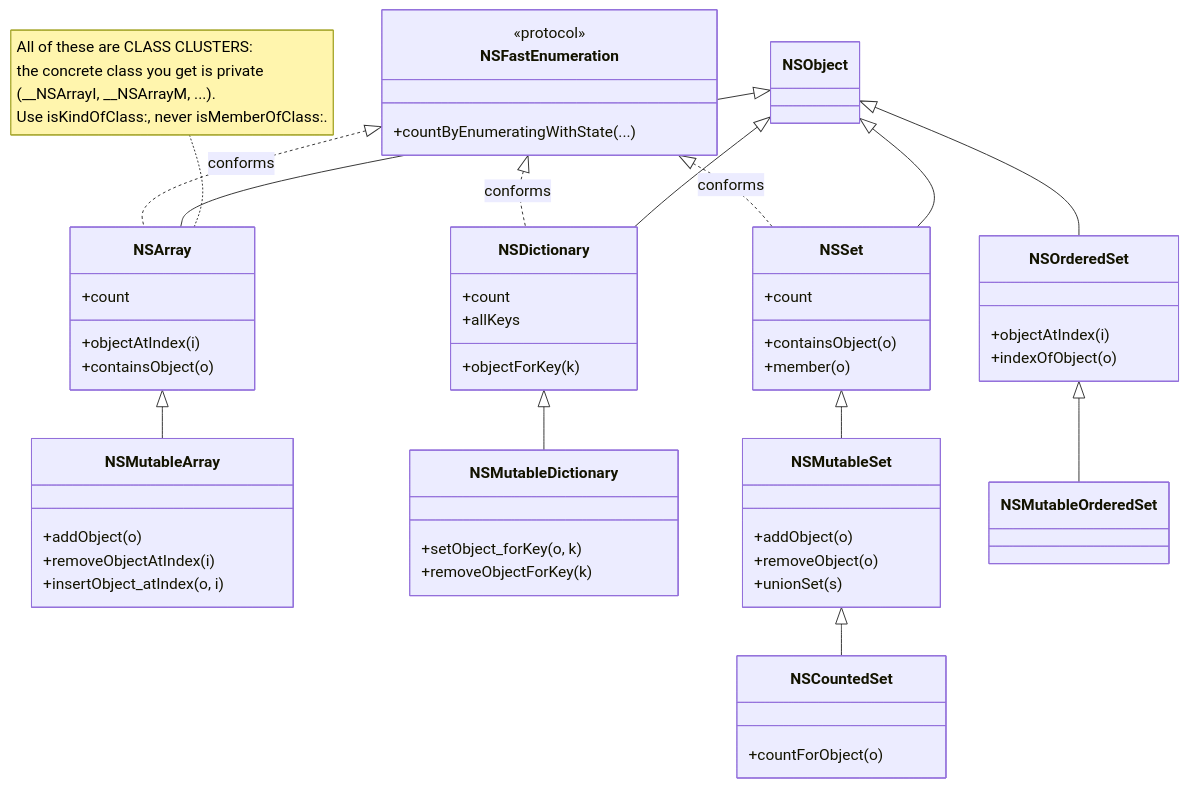
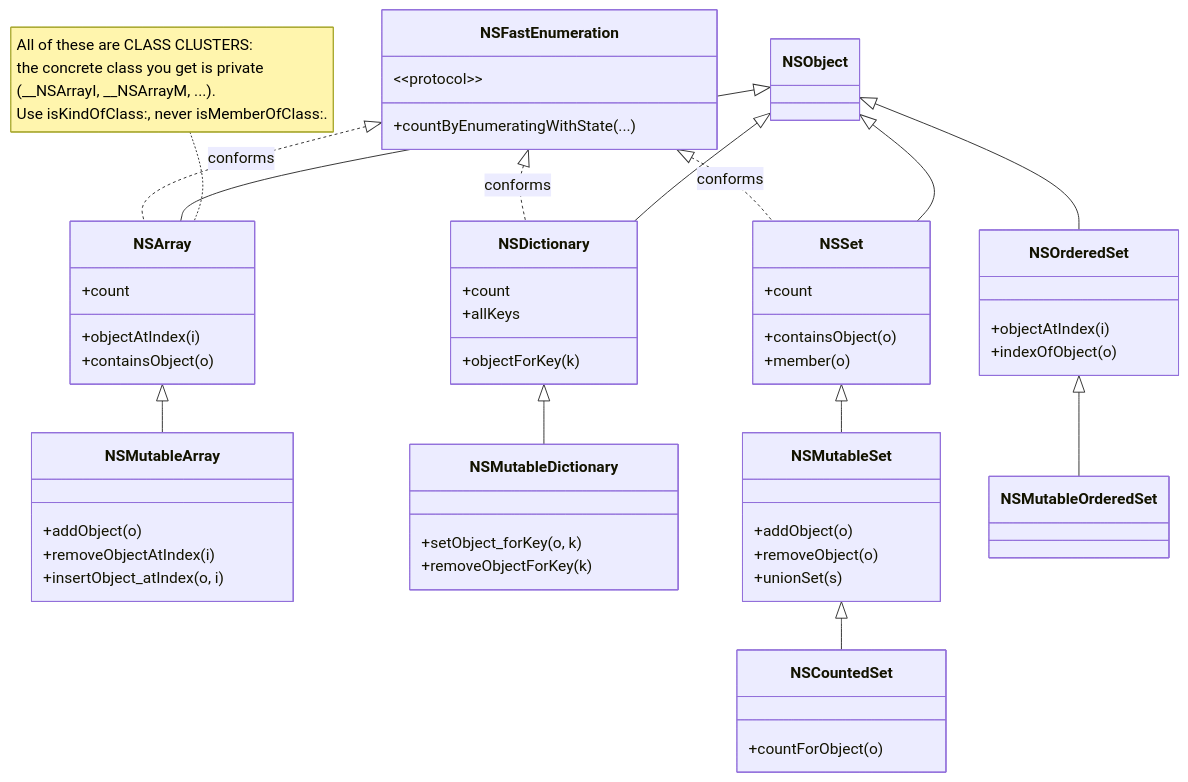
The diagram in modules/ROOT/pages/programming-languages/objective-c/collections-and-fast-enumeration.adoc (albertoirurueta/docs), drawn with Mermaid before and after one commit. The commit also changed 1 other file, not shown here.

First paragraph of the commit message:
Fix the two classDiagrams that rendered as mermaid parse errors
The real cause of the reported syntax errors, which my previous mermaid
commit did not touch.

```diff
--- a/modules/ROOT/pages/programming-languages/objective-c/collections-and-fast-enumeration.adoc
+++ b/modules/ROOT/pages/programming-languages/objective-c/collections-and-fast-enumeration.adoc
@@ -15,62 +15,62 @@
 [mermaid]
 ....
 classDiagram
     class NSObject
     class NSArray {
         +count
         +objectAtIndex(i)
         +containsObject(o)
     }
     class NSMutableArray {
         +addObject(o)
         +removeObjectAtIndex(i)
         +insertObject_atIndex(o, i)
     }
     class NSDictionary {
         +count
         +objectForKey(k)
         +allKeys
     }
     class NSMutableDictionary {
         +setObject_forKey(o, k)
         +removeObjectForKey(k)
     }
     class NSSet {
         +count
         +containsObject(o)
         +member(o)
     }
     class NSMutableSet {
         +addObject(o)
         +removeObject(o)
         +unionSet(s)
     }
     class NSCountedSet {
         +countForObject(o)
     }
     class NSOrderedSet {
         +objectAtIndex(i)
         +indexOfObject(o)
     }
     class NSMutableOrderedSet
 
     NSObject <|-- NSArray
     NSArray  <|-- NSMutableArray
     NSObject <|-- NSDictionary
     NSDictionary <|-- NSMutableDictionary
     NSObject <|-- NSSet
     NSSet <|-- NSMutableSet
     NSMutableSet <|-- NSCountedSet
     NSObject <|-- NSOrderedSet
     NSOrderedSet <|-- NSMutableOrderedSet
 
     class NSFastEnumeration {
-        <<protocol>>
+        &lt;&lt;protocol&gt;&gt;
         +countByEnumeratingWithState(...)
     }
     NSFastEnumeration <|.. NSArray : conforms
     NSFastEnumeration <|.. NSDictionary : conforms
     NSFastEnumeration <|.. NSSet : conforms
 
     note for NSArray "All of these are CLASS CLUSTERS:<br/>the concrete class you get is private<br/>(__NSArrayI, __NSArrayM, ...).<br/>Use isKindOfClass:, never isMemberOfClass:."
 ....
```
